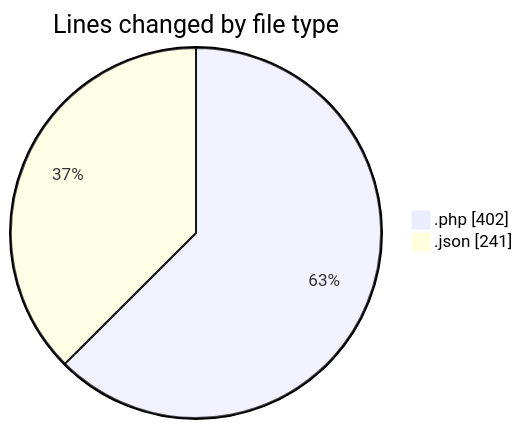
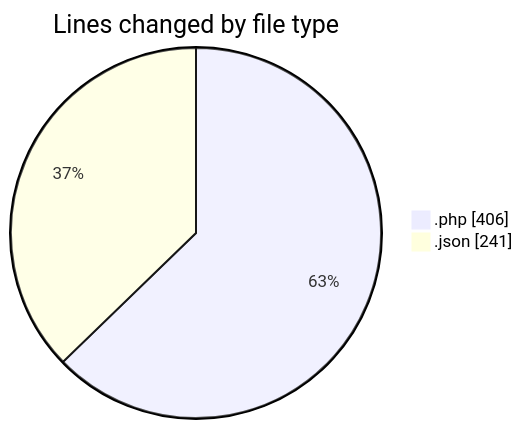
One commit to idhammustaqopulfikri/code-tracking changed the first of 2 diagrams in 2025-03-29/autodidak/README.md. Above: the diagram before and after it, drawn with Mermaid. The commit also changed other lines of this file and 1 other file, not shown here.

````diff
--- a/2025-03-29/autodidak/README.md
+++ b/2025-03-29/autodidak/README.md
@@ -28,6 +28,6 @@
 ```mermaid
 pie showData
 title Lines changed by file type
-".php" : 402
+".php" : 406
 ".json" : 241
 ```
````
